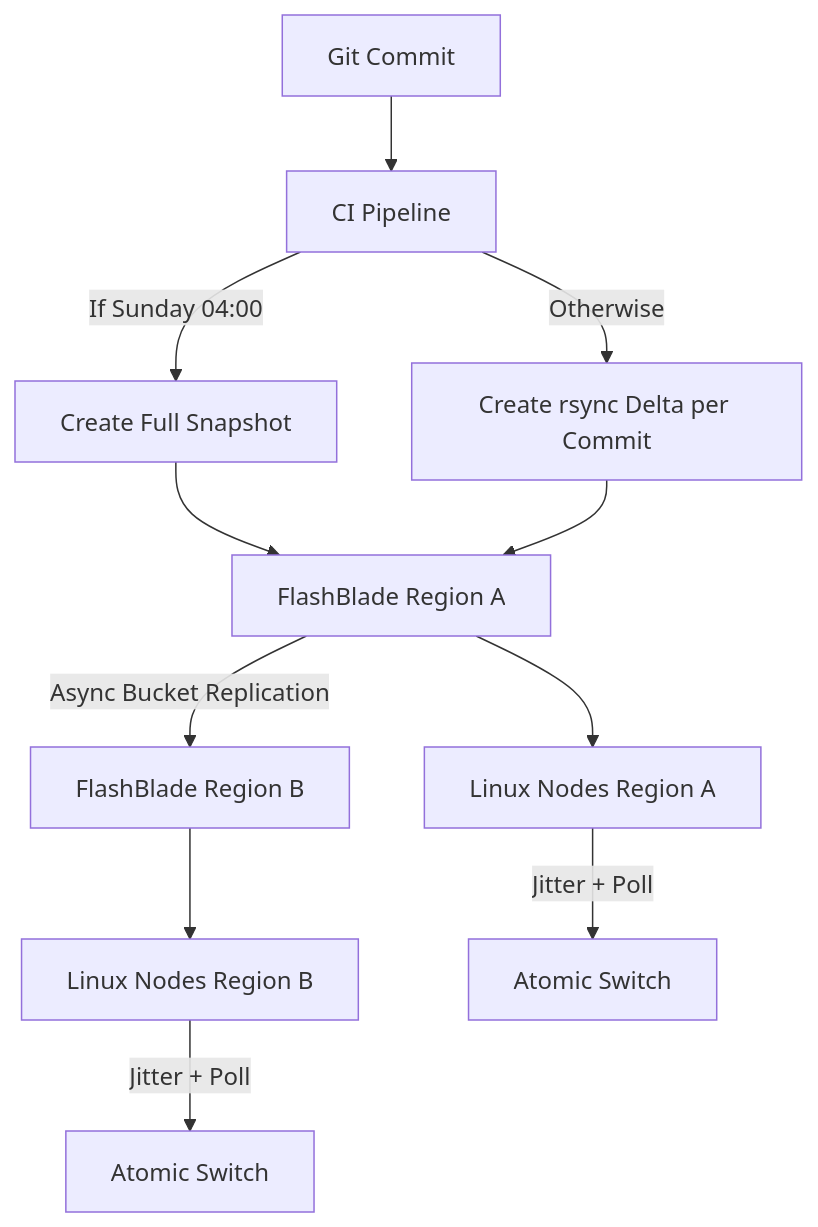
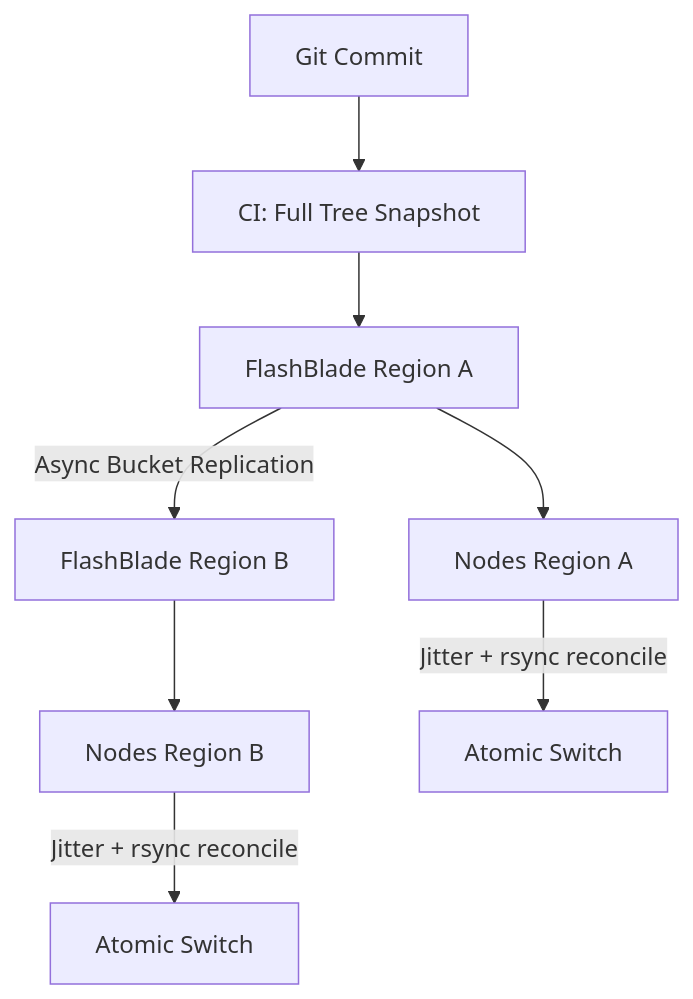
Before and after one commit to fsolen/gitpath: the diagram in topology.mermaid, drawn with Mermaid.

Commit message:
Revise CI flowchart for snapshot and node updates
Updated CI pipeline flowchart to reflect changes in snapshot creation and node representation.

```diff
--- a/topology.mermaid
+++ b/topology.mermaid
@@ -1,17 +1,12 @@
 flowchart TD
 
-    Dev[Git Commit] --> CI[CI Pipeline]
+    Dev[Git Commit] --> CI[CI: Full Tree Snapshot]
 
-    CI -->|If Sunday 04:00| Full[Create Full Snapshot]
-    CI -->|Otherwise| Delta[Create rsync Delta per Commit]
-
-    Full --> FB1[FlashBlade Region A]
-    Delta --> FB1
-
+    CI --> FB1[FlashBlade Region A]
     FB1 -->|Async Bucket Replication| FB2[FlashBlade Region B]
 
-    FB1 --> NodesA[Linux Nodes Region A]
-    FB2 --> NodesB[Linux Nodes Region B]
+    FB1 --> NodesA[Nodes Region A]
+    FB2 --> NodesB[Nodes Region B]
 
-    NodesA -->|Jitter + Poll| SwitchA[Atomic Switch]
-    NodesB -->|Jitter + Poll| SwitchB[Atomic Switch]
+    NodesA -->|Jitter + rsync reconcile| SwitchA[Atomic Switch]
+    NodesB -->|Jitter + rsync reconcile| SwitchB[Atomic Switch]
```
